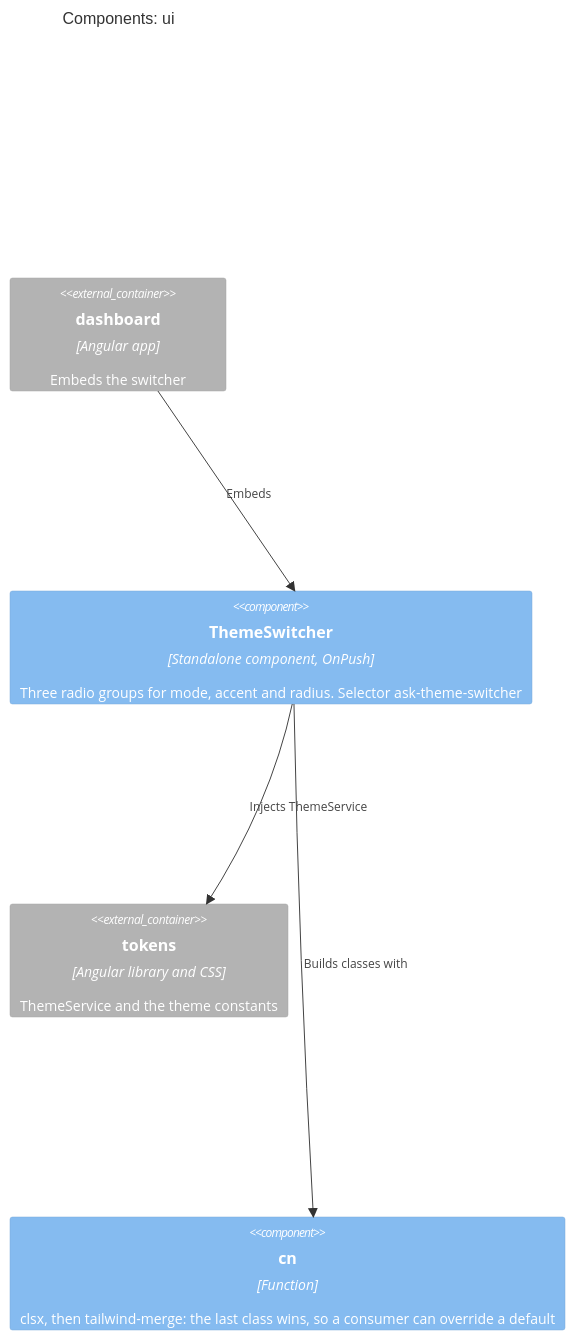
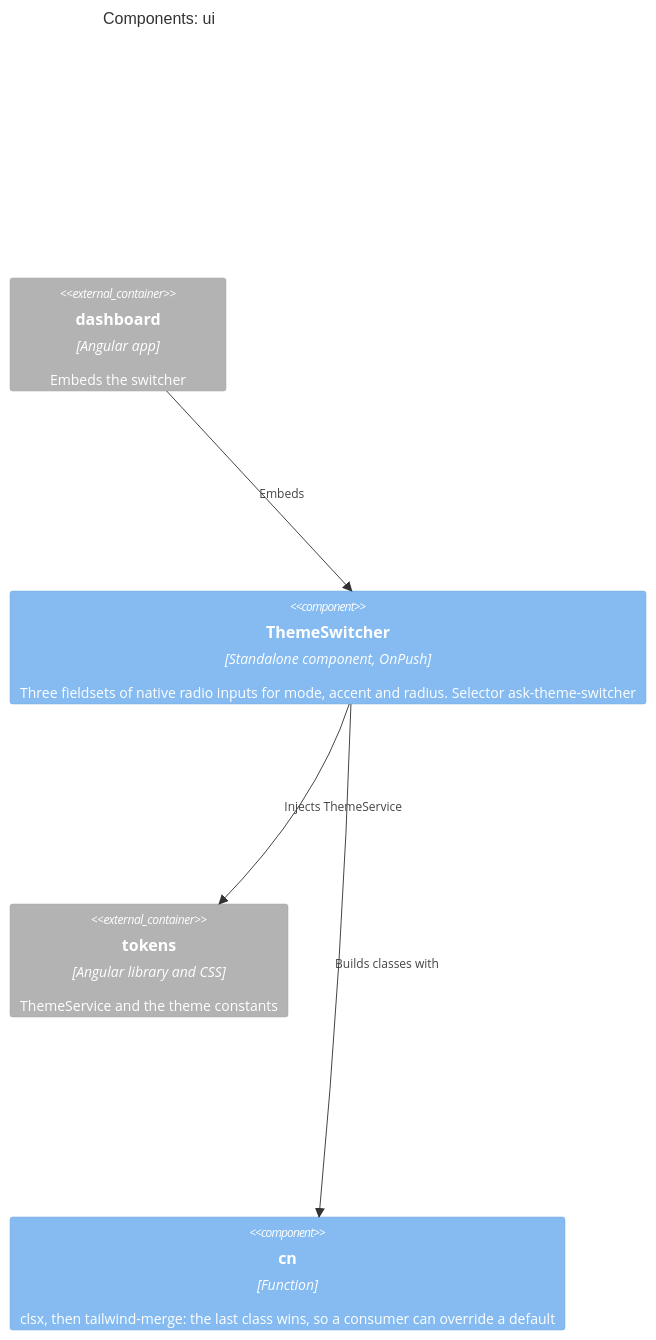
Before and after one commit to nguyenan97/angular-saas-kit: the fourth of 5 diagrams in docs/architecture/c4-components.md, drawn with Mermaid. The commit also changed 8 other files, not shown here.

````diff
--- a/docs/architecture/c4-components.md
+++ b/docs/architecture/c4-components.md
@@ -137,16 +137,16 @@
 ```mermaid
 %%{init: {"c4": {"c4ShapeMargin": 100}}}%%
 C4Component
   title Components: ui
 
   Container_Ext(dashboard, "dashboard", "Angular app", "Embeds the switcher")
-  Component(switcher, "ThemeSwitcher", "Standalone component, OnPush", "Three radio groups for mode, accent and radius. Selector ask-theme-switcher")
+  Component(switcher, "ThemeSwitcher", "Standalone component, OnPush", "Three fieldsets of native radio inputs for mode, accent and radius. Selector ask-theme-switcher")
   Container_Ext(tokens, "tokens", "Angular library and CSS", "ThemeService and the theme constants")
   Component(cn, "cn", "Function", "clsx, then tailwind-merge: the last class wins, so a consumer can override a default")
 
   Rel(dashboard, switcher, "Embeds")
   Rel(switcher, tokens, "Injects ThemeService")
   Rel(switcher, cn, "Builds classes with")
 
   UpdateLayoutConfig($c4ShapeInRow="3", $c4BoundaryInRow="1")
 ```
````
